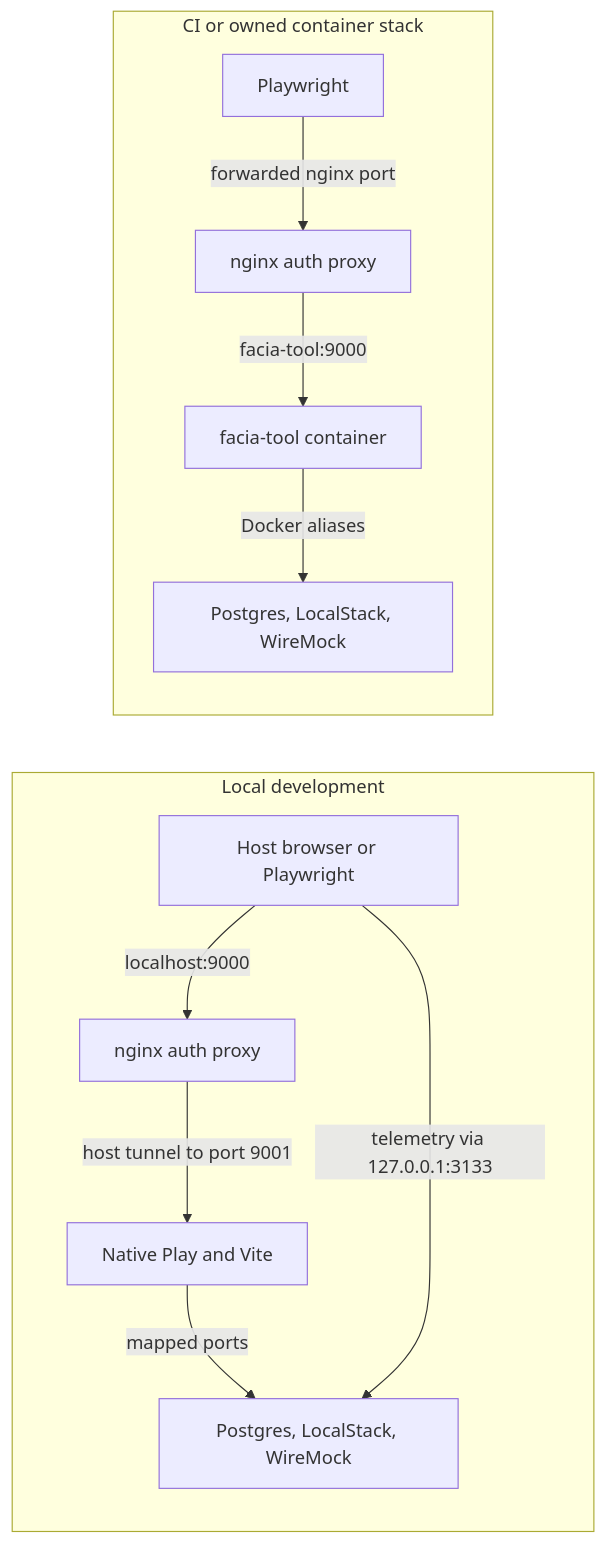
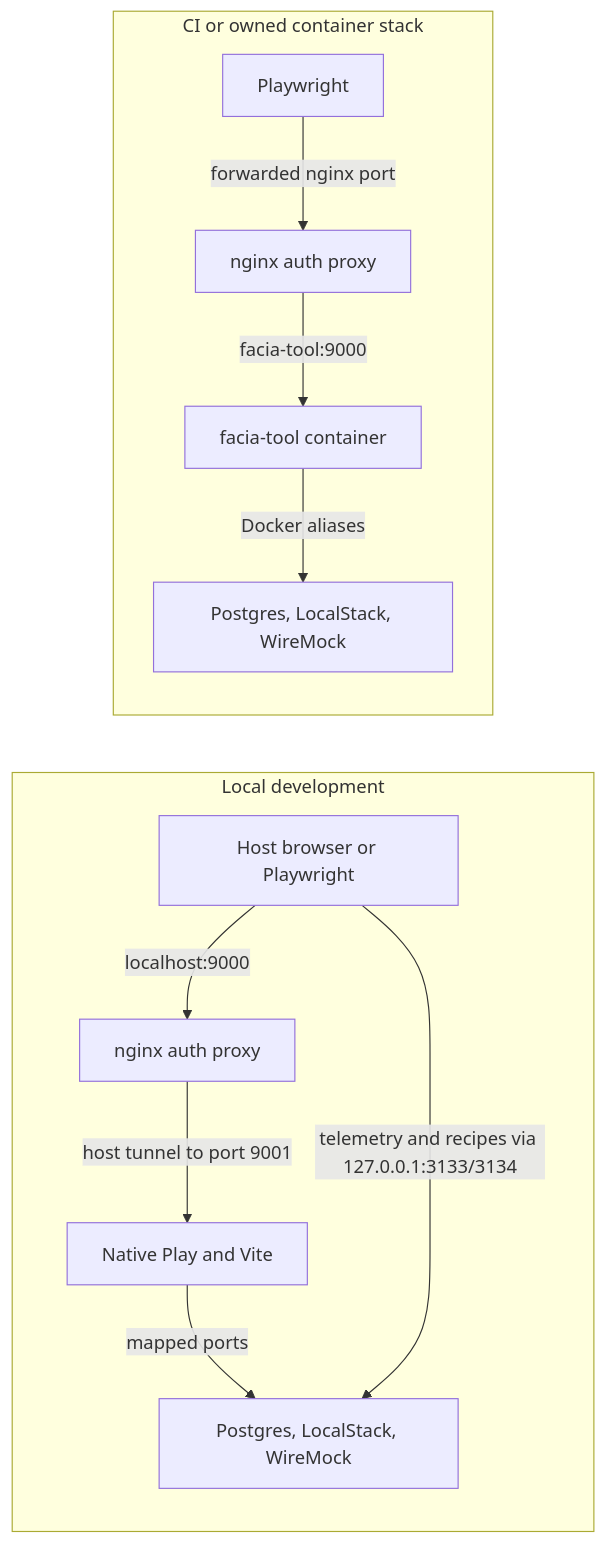
The diagram in e2e-tests/README.md (guardian/facia-tool), drawn with Mermaid before and after one commit. The commit also changed other lines of this file and 12 other files, not shown here.

````diff
--- a/e2e-tests/README.md
+++ b/e2e-tests/README.md
@@ -41,15 +44,15 @@
 ```mermaid
 flowchart LR
   subgraph Local[Local development]
     Host[Host browser or Playwright] -->|localhost:9000| Proxy[nginx auth proxy]
     Proxy -->|host tunnel to port 9001| Native[Native Play and Vite]
     Native -->|mapped ports| LocalDeps[Postgres, LocalStack, WireMock]
-    Host -->|telemetry via 127.0.0.1:3133| LocalDeps
+    Host -->|telemetry and recipes via 127.0.0.1:3133/3134| LocalDeps
   end
 
   subgraph CI[CI or owned container stack]
     Runner[Playwright] -->|forwarded nginx port| CiProxy[nginx auth proxy]
     CiProxy -->|facia-tool:9000| App[facia-tool container]
     App -->|Docker aliases| CiDeps[Postgres, LocalStack, WireMock]
   end
 ```
````
